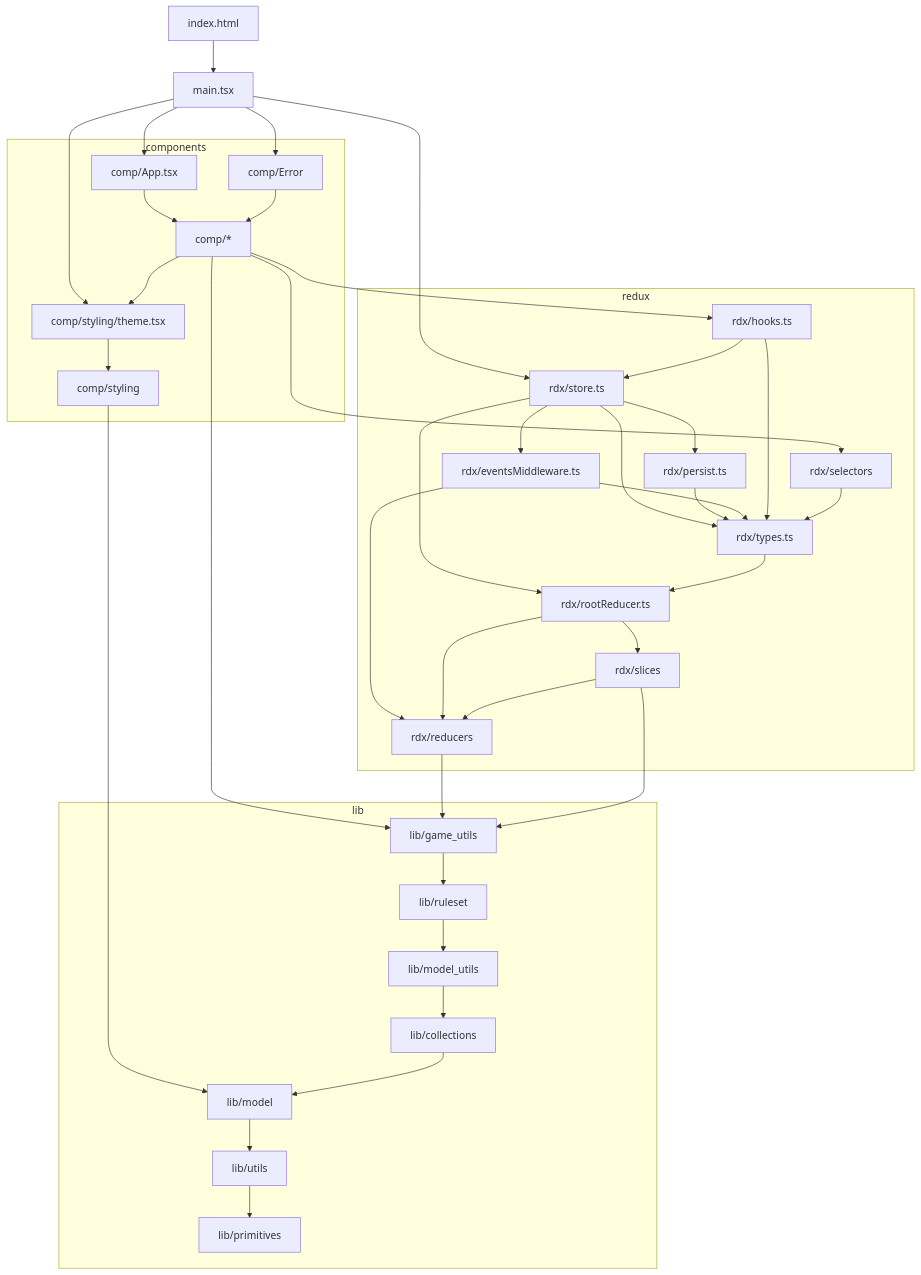
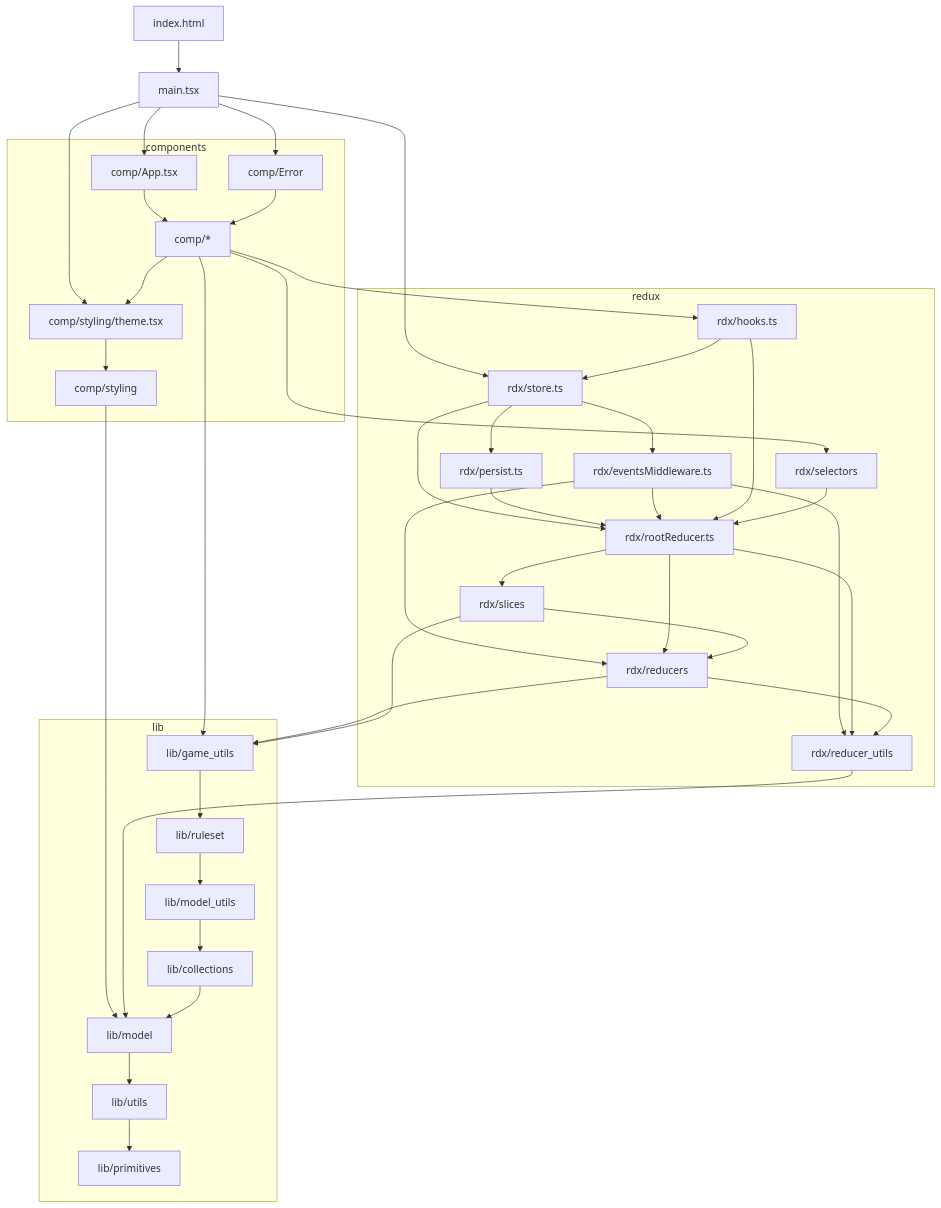
The diagram in docs/design/about_code_dependencies.md (konrad-jamrozik/game-ts), drawn with Mermaid before and after one commit. The commit also changed other lines of this file and 14 other files, not shown here.

````diff
--- a/docs/design/about_code_dependencies.md
+++ b/docs/design/about_code_dependencies.md
@@ -43,69 +44,71 @@
 ```mermaid
 graph TD
     IndexH[index.html] --> MainTs[main.tsx]
 
     subgraph components
         CompApp[comp/App.tsx]
         CompTheme[comp/styling/theme.tsx]
         CompErr[comp/Error]
         Comp__[comp/*]
         CompSt[comp/styling]
     end
 
     subgraph redux
         RdxStore[rdx/store.ts]
         RdxPers[rdx/persist.ts]
-        RdxType[rdx/types.ts]
         RdxRedu[rdx/rootReducer.ts]
         RdxEvt[rdx/eventsMiddleware.ts]
         RdxRed[rdx/reducers]
+        RdxRedUtils[rdx/reducer_utils]
         RdxSli[rdx/slices]
         RdxHook[rdx/hooks.ts]
         RdxSel[rdx/selectors]
     end
 
     subgraph lib
         LibGam[lib/game_utils]
         LibRul[lib/ruleset]
         LibMUt[lib/model_utils]
         LibCol[lib/collections]
         LibMod[lib/model]
         LibUti[lib/utils]
         LibPri[lib/primitives]
     end
 
     MainTs --> CompApp
     MainTs --> CompTheme
     MainTs --> CompErr
     MainTs --> RdxStore
     CompTheme --> CompSt
     CompApp --> Comp__
     CompErr --> Comp__
     Comp__ --> RdxHook
     Comp__ --> RdxSel
     Comp__ --> CompTheme
     Comp__ --> LibGam
     CompSt --> LibMod
     RdxStore --> RdxRedu
-    RdxStore --> RdxType
     RdxStore --> RdxEvt
     RdxStore --> RdxPers
-    RdxPers --> RdxType
-    RdxType --> RdxRedu
-    RdxEvt --> RdxType
+    RdxPers --> RdxRedu
+    RdxEvt --> RdxRedu
     RdxEvt --> RdxRed
+    RdxEvt --> RdxRedUtils
     RdxRedu --> RdxRed
     RdxRedu --> RdxSli
+    RdxRedu --> RdxRedUtils
     RdxSli --> RdxRed
+    RdxRed --> RdxRedUtils
     RdxRed --> LibGam
+    RdxRedUtils --> LibMod
     RdxSli --> LibGam
     RdxHook --> RdxStore
-    RdxHook --> RdxType
-    RdxSel --> RdxType
+    RdxHook --> RdxRedu
+    RdxSel --> RdxRedu
     LibGam --> LibRul
     LibRul --> LibMUt
     LibMUt --> LibCol
     LibCol --> LibMod
     LibMod --> LibUti
     LibUti --> LibPri
 ```
````
